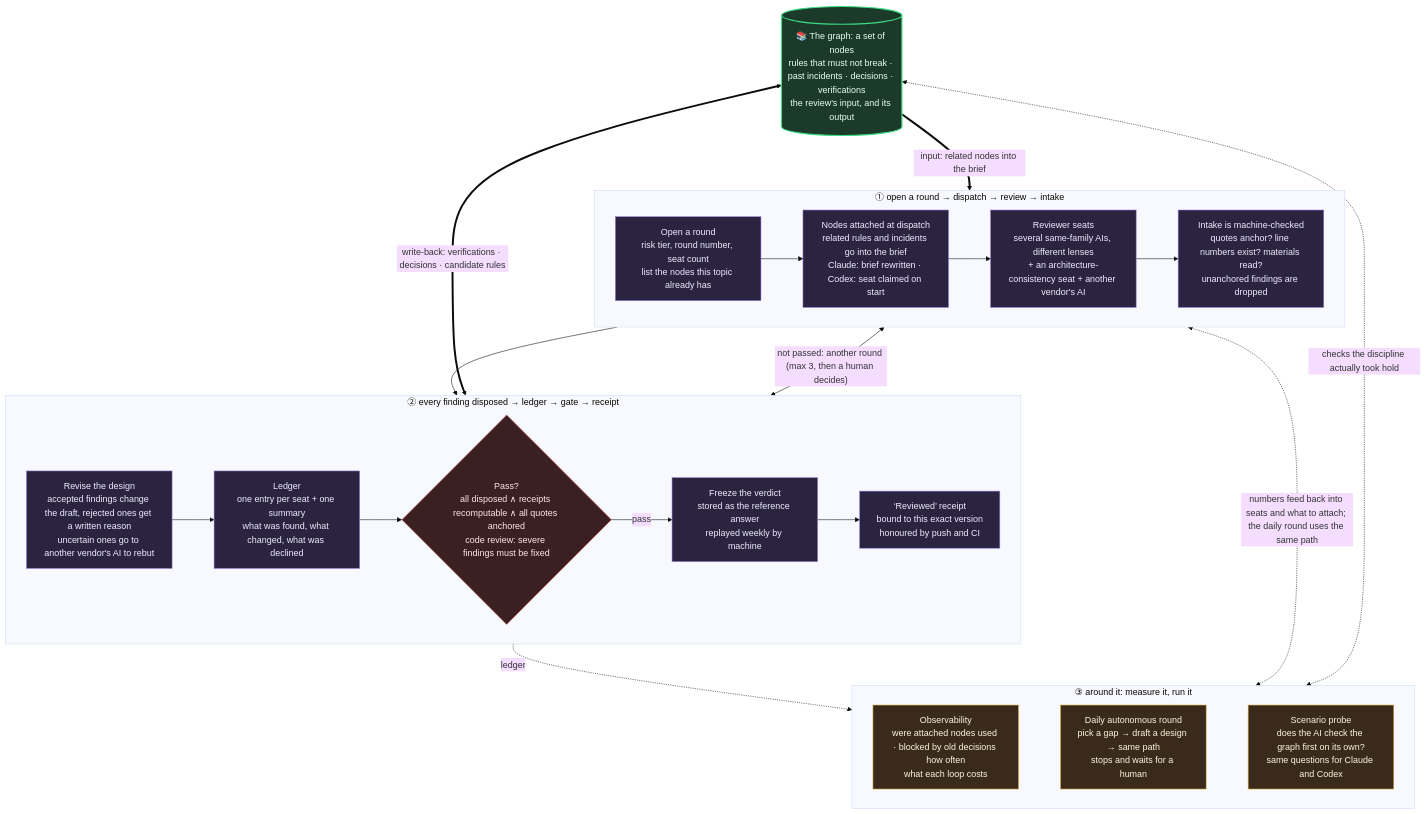
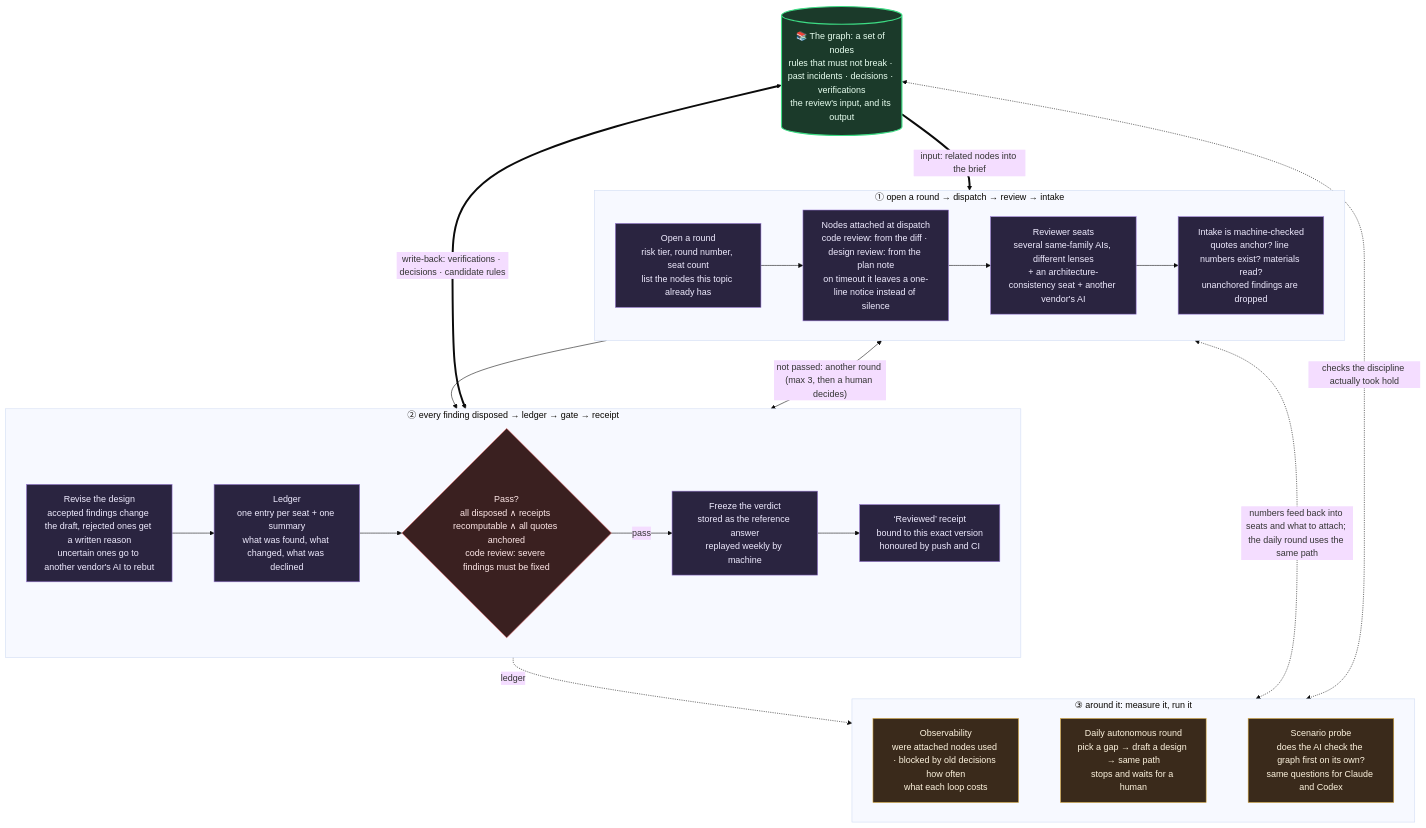
Before and after one commit to EnzoHsieh-Android/Lumos: the diagram in README.en.md, drawn with Mermaid (base theme). The commit also changed 4 other files, not shown here.

First line of the commit message:
docs(六修): 良性循環圖鏡頭標籤(中英)、總覽 FLOW、指令索引計劃補段

````diff
--- a/README.en.md
+++ b/README.en.md
@@ -184,36 +184,36 @@
 ```mermaid
 flowchart TB
     NODES[("📚 The graph: a set of nodes<br/>rules that must not break · past incidents · decisions · verifications<br/>the review's input, and its output")]
 
     subgraph R1["① open a round → dispatch → review → intake"]
         direction LR
-        NEXT["Open a round<br/>risk tier, round number, seat count<br/>list the nodes this topic already has"] --> LENS["Nodes attached at dispatch<br/>related rules and incidents go into the brief<br/>Claude: brief rewritten · Codex: seat claimed on start"] --> SEATS["Reviewer seats<br/>several same-family AIs, different lenses<br/>+ an architecture-consistency seat + another vendor's AI"] --> INTAKE["Intake is machine-checked<br/>quotes anchor? line numbers exist? materials read?<br/>unanchored findings are dropped"]
+        NEXT["Open a round<br/>risk tier, round number, seat count<br/>list the nodes this topic already has"] --> LENS["Nodes attached at dispatch<br/>code review: from the diff · design review: from the plan note<br/>on timeout it leaves a one-line notice instead of silence"] --> SEATS["Reviewer seats<br/>several same-family AIs, different lenses<br/>+ an architecture-consistency seat + another vendor's AI"] --> INTAKE["Intake is machine-checked<br/>quotes anchor? line numbers exist? materials read?<br/>unanchored findings are dropped"]
     end
 
     subgraph R2["② every finding disposed → ledger → gate → receipt"]
         direction LR
         FOLD["Revise the design<br/>accepted findings change the draft, rejected ones get a written reason<br/>uncertain ones go to another vendor's AI to rebut"] --> LEDGER["Ledger<br/>one entry per seat + one summary<br/>what was found, what changed, what was declined"] --> GATE{"Pass?<br/>all disposed ∧ receipts recomputable ∧ all quotes anchored<br/>code review: severe findings must be fixed"} -->|pass| FREEZE["Freeze the verdict<br/>stored as the reference answer<br/>replayed weekly by machine"] --> PASS["‘Reviewed’ receipt<br/>bound to this exact version<br/>honoured by push and CI"]
     end
 
     subgraph R3["③ around it: measure it, run it"]
         direction LR
         OBS["Observability<br/>were attached nodes used · blocked by old decisions how often<br/>what each loop costs"] ~~~ AUTO["Daily autonomous round<br/>pick a gap → draft a design → same path<br/>stops and waits for a human"] ~~~ PROBE["Scenario probe<br/>does the AI check the graph first on its own?<br/>same questions for Claude and Codex"]
     end
 
     NODES ==>|"input: related nodes into the brief"| R1
     R1 --> R2
     R2 -.->|"ledger"| R3
     NODES <==>|"write-back: verifications · decisions · candidate rules"| R2
     R1 <-->|"not passed: another round (max 3, then a human decides)"| R2
     R1 <-.->|"numbers feed back into seats and what to attach; the daily round uses the same path"| R3
     NODES <-.->|"checks the discipline actually took hold"| R3
 
     classDef gnode fill:#1b3a2a,stroke:#3ddc84,stroke-width:2px,color:#e8fff0
     classDef step fill:#2a2440,stroke:#9a7bd6,color:#f0ecff
     classDef gate fill:#3a2020,stroke:#dc5b5b,color:#ffe8e8
     classDef obs fill:#3a2a1b,stroke:#dcab3d,color:#fff5e0
     class NODES gnode
     class NEXT,LENS,SEATS,INTAKE,FOLD,LEDGER,FREEZE,PASS step
     class GATE gate
     class OBS,AUTO,PROBE obs
 ```
````
